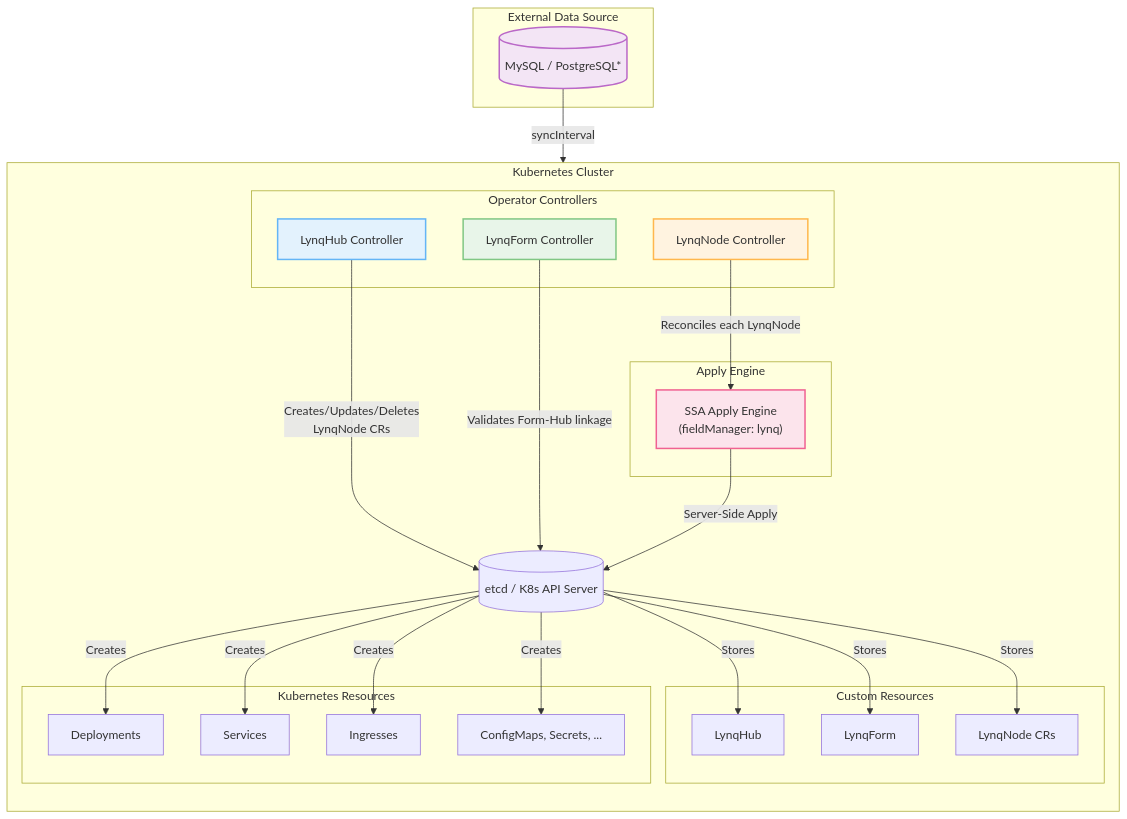
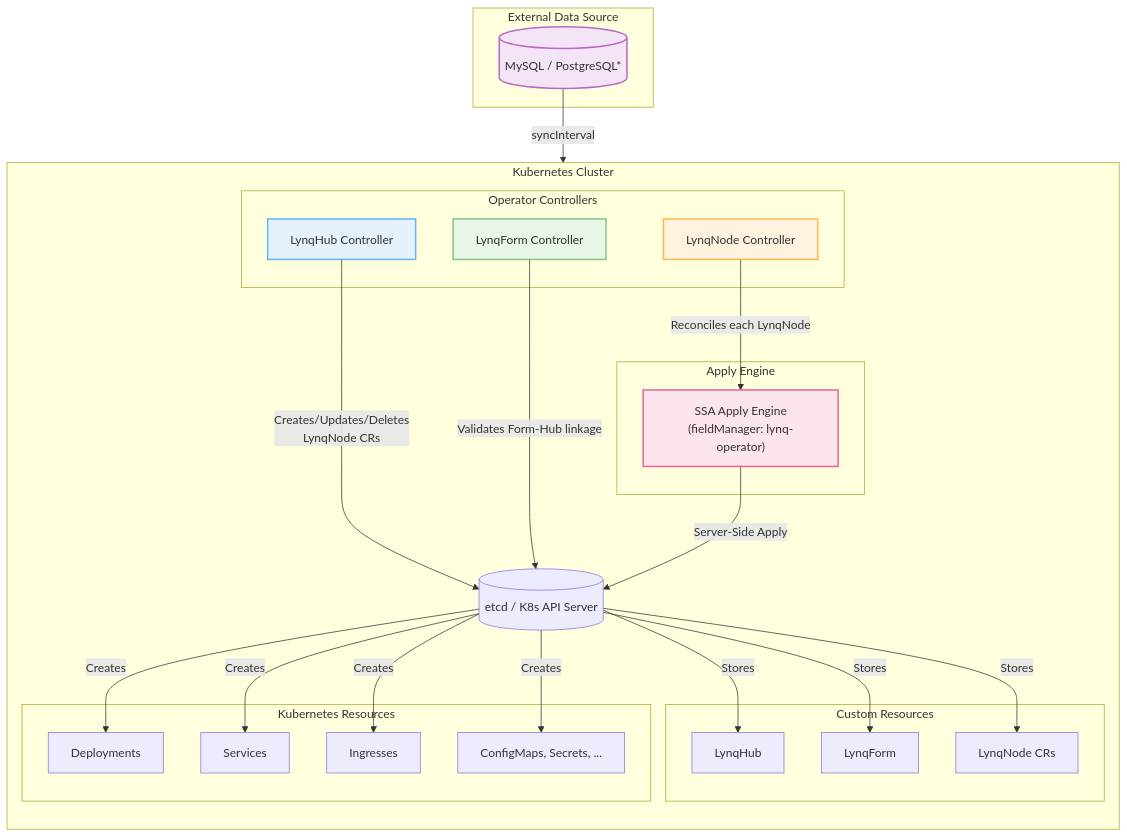
The first of 2 diagrams in docs/architecture.md (k8s-lynq/lynq), drawn with Mermaid before and after one commit. The commit also changed other lines of this file and 26 other files, not shown here.

````diff
--- a/docs/architecture.md
+++ b/docs/architecture.md
@@ -11,56 +11,56 @@
 ```mermaid
 flowchart TB
     subgraph External["External Data Source"]
         DB[(MySQL / PostgreSQL*)]
     end
 
     subgraph Cluster["Kubernetes Cluster"]
         direction TB
 
         subgraph Controllers["Operator Controllers"]
             RC[LynqHub Controller]
             TC[LynqForm Controller]
             TNC[LynqNode Controller]
         end
 
         subgraph CRDs["Custom Resources"]
             TR[LynqHub]
             TT[LynqForm]
             T[LynqNode CRs]
         end
 
         subgraph Engine["Apply Engine"]
-            SSA["SSA Apply Engine<br/>(fieldManager: lynq)"]
+            SSA["SSA Apply Engine<br/>(fieldManager: lynq-operator)"]
         end
 
         subgraph Resources["Kubernetes Resources"]
             DEP[Deployments]
             SVC[Services]
             ING[Ingresses]
             etc[ConfigMaps, Secrets, ...]
         end
 
         API[(etcd / K8s API Server)]
     end
 
     DB -->|"syncInterval"| RC
     RC -->|"Creates/Updates/Deletes<br/>LynqNode CRs"| API
     API -->|"Stores"| TR
     API -->|"Stores"| TT
     API -->|"Stores"| T
 
     TC -->|"Validates Form-Hub linkage"| API
     TNC -->|"Reconciles each LynqNode"| SSA
     SSA -->|"Server-Side Apply"| API
 
     API -->|"Creates"| DEP
     API -->|"Creates"| SVC
     API -->|"Creates"| ING
     API -->|"Creates"| etc
 
     style RC fill:#e3f2fd,stroke:#64b5f6,stroke-width:2px
     style TC fill:#e8f5e9,stroke:#81c784,stroke-width:2px
     style TNC fill:#fff3e0,stroke:#ffb74d,stroke-width:2px
     style SSA fill:#fce4ec,stroke:#f06292,stroke-width:2px
     style DB fill:#f3e5f5,stroke:#ba68c8,stroke-width:2px
 ```
````
